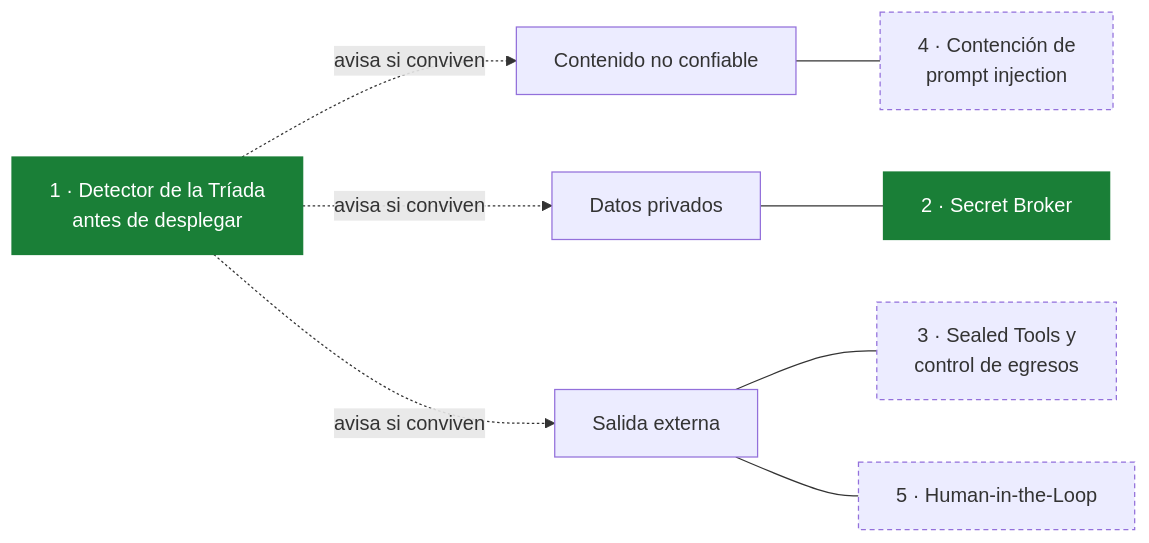
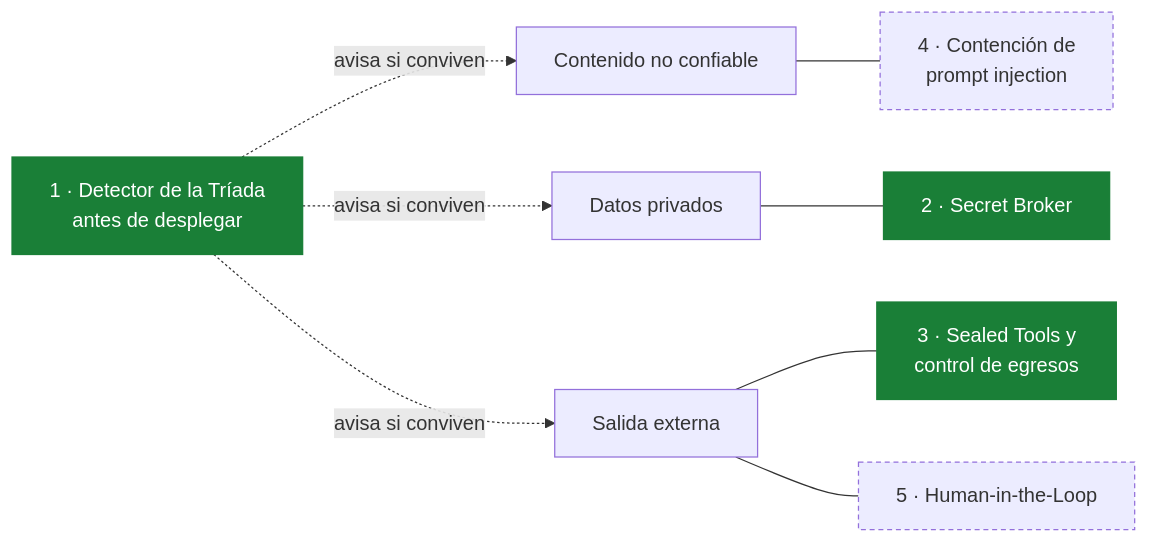
Before and after one commit to Alex-mk2/AgentGuard: the second of 7 diagrams in README.md, drawn with Mermaid. The commit also changed other lines of this file and 55 other files, not shown here.

````diff
--- a/README.md
+++ b/README.md
@@ -45,13 +46,13 @@
 ```mermaid
 flowchart LR
     M1["1 · Detector de la Tríada<br/>antes de desplegar"] -.->|"avisa si conviven"| U & P & E
     U["Contenido no confiable"] --- M4["4 · Contención de<br/>prompt injection"]
     P["Datos privados"] --- M2["2 · Secret Broker"]
     E["Salida externa"] --- M3["3 · Sealed Tools y<br/>control de egresos"]
     E --- M5["5 · Human-in-the-Loop"]
 
     classDef listo fill:#1a7f37,color:#fff,stroke:#1a7f37
     classDef pendiente stroke-dasharray: 4 3
-    class M1,M2 listo
-    class M3,M4,M5 pendiente
+    class M1,M2,M3 listo
+    class M4,M5 pendiente
 ```
````
